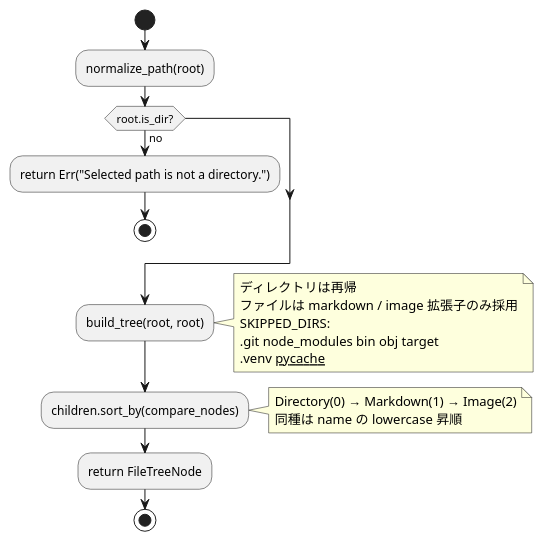
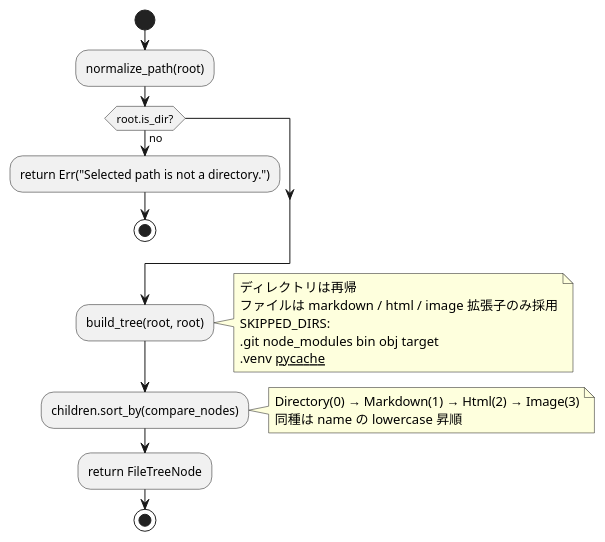
Before and after one commit to an-embedded-engineer/MarkdownViewer: the fifth of 5 diagrams in docs/components/tauri_viewer/detail_design.md, drawn with PlantUML. The commit also changed other lines of this file and 34 other files, not shown here.

````diff
--- a/docs/components/tauri_viewer/detail_design.md
+++ b/docs/components/tauri_viewer/detail_design.md
@@ -294,26 +305,26 @@
 ```plantuml
 @startuml
 skinparam shadowing false
 start
 :normalize_path(root);
 if (root.is_dir?) then (no)
   :return Err("Selected path is not a directory.");
   stop
 endif
 :build_tree(root, root);
 note right
   ディレクトリは再帰
-  ファイルは markdown / image 拡張子のみ採用
+  ファイルは markdown / html / image 拡張子のみ採用
   SKIPPED_DIRS:
   .git node_modules bin obj target
   .venv __pycache__
 end note
 :children.sort_by(compare_nodes);
 note right
-  Directory(0) → Markdown(1) → Image(2)
+  Directory(0) → Markdown(1) → Html(2) → Image(3)
   同種は name の lowercase 昇順
 end note
 :return FileTreeNode;
 stop
 @enduml
 ```
````
